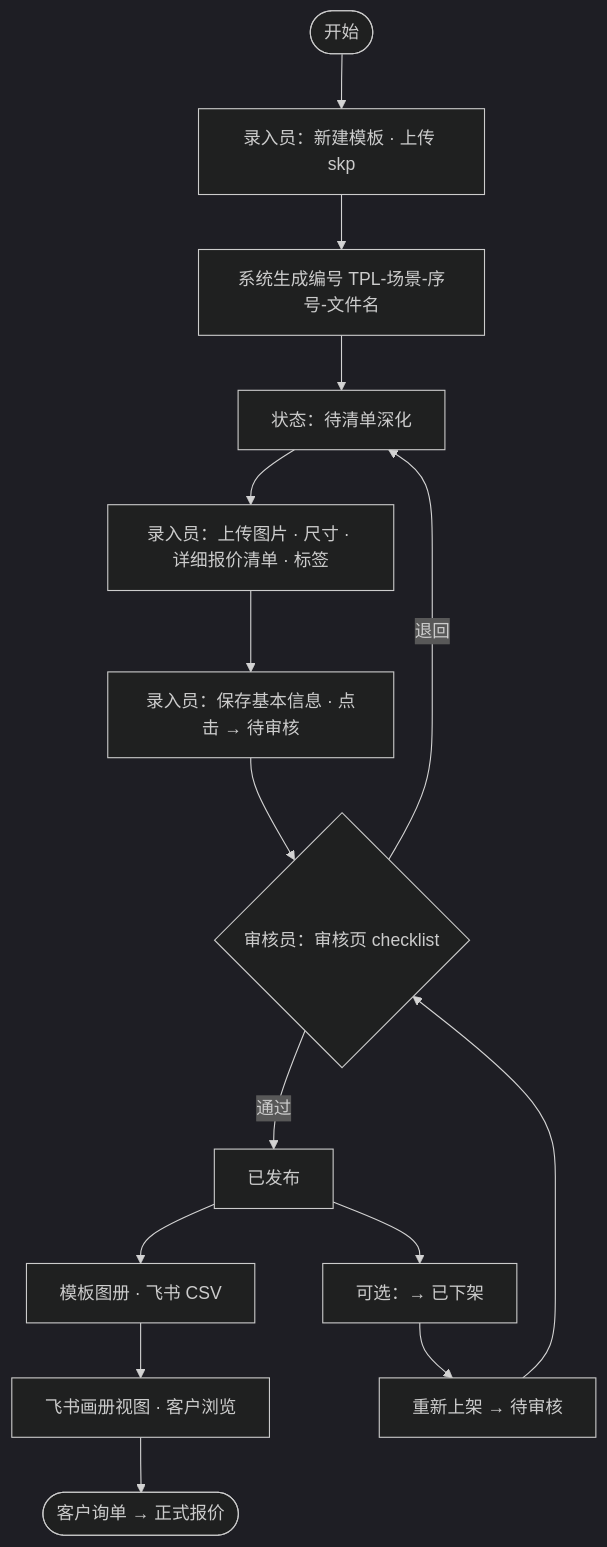
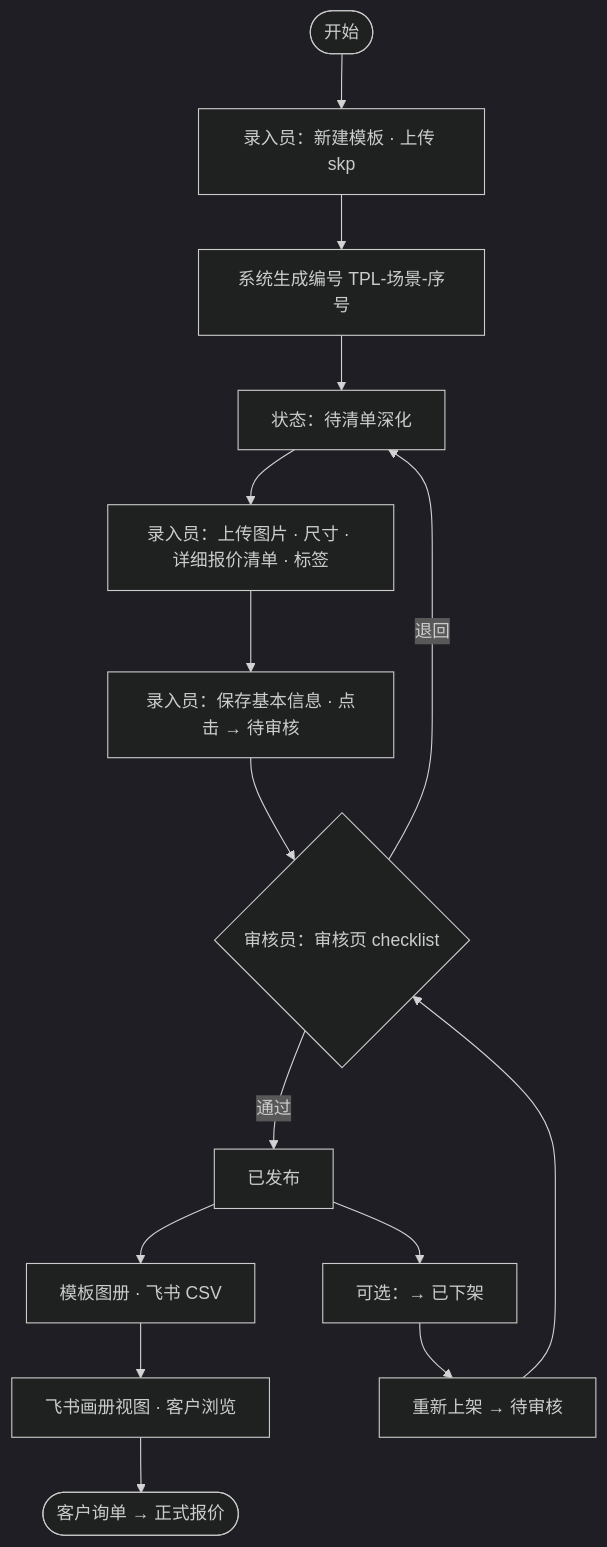
The first of 11 diagrams in docs/WORKFLOW.md (raintea223-art/Parti-MR2525), drawn with Mermaid (dark theme) before and after one commit. The commit also changed 13 other files, not shown here.

````diff
--- a/docs/WORKFLOW.md
+++ b/docs/WORKFLOW.md
@@ -27,17 +27,17 @@
 ```mermaid
 flowchart TD
     Start([开始]) --> A[录入员：新建模板 · 上传 skp]
-    A --> B[系统生成编号 TPL-场景-序号-文件名]
+    A --> B[系统生成编号 TPL-场景-序号]
     B --> C[状态：待清单深化]
     C --> D[录入员：上传图片 · 尺寸 · 详细报价清单 · 标签]
     D --> E[录入员：保存基本信息 · 点击 → 待审核]
     E --> F{审核员：审核页 checklist}
     F -->|通过| G[已发布]
     F -->|退回| C
     G --> H[模板图册 · 飞书 CSV]
     H --> I[飞书画册视图 · 客户浏览]
     I --> J([客户询单 → 正式报价])
     G --> K[可选：→ 已下架]
     K --> L[重新上架 → 待审核]
     L --> F
 ```
````
